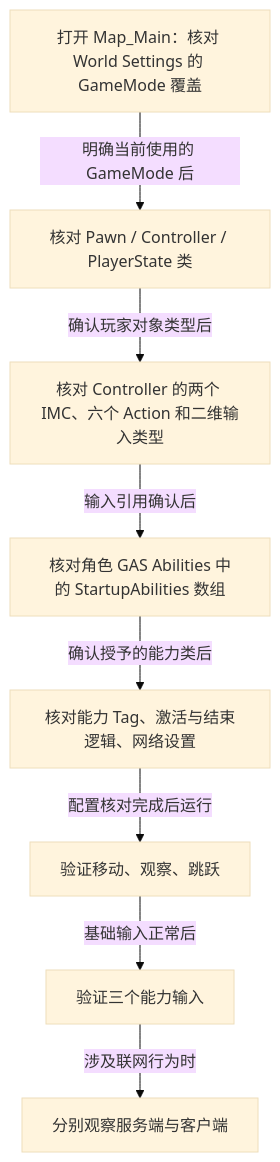
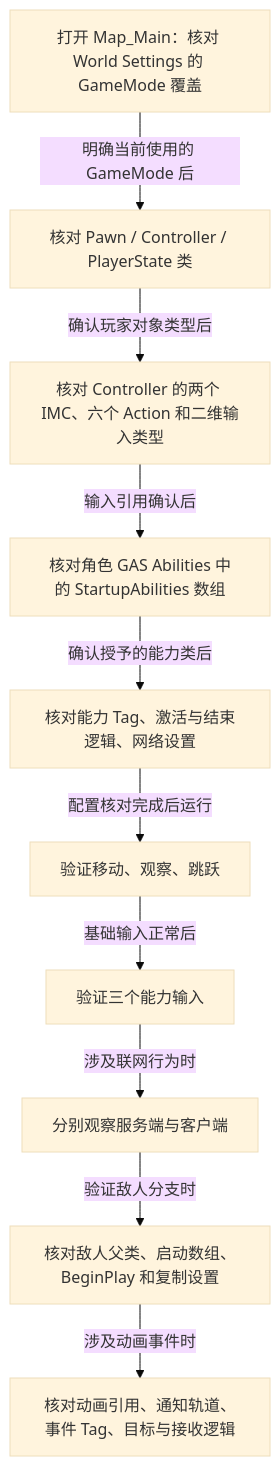
Before and after one commit to xue1ong/GAS_StudyNotes: the second of 2 diagrams in Game/ProjectSetup.md, drawn with Mermaid (base theme). The commit also changed other lines of this file and 10 other files, not shown here.

````diff
--- a/Game/ProjectSetup.md
+++ b/Game/ProjectSetup.md
@@ -82,10 +110,12 @@
 ```mermaid
 flowchart TD
     map["打开 Map_Main：核对 World Settings 的 GameMode 覆盖"] -->|"明确当前使用的 GameMode 后"| classes["核对 Pawn / Controller / PlayerState 类"]
     classes -->|"确认玩家对象类型后"| input["核对 Controller 的两个 IMC、六个 Action 和二维输入类型"]
     input -->|"输入引用确认后"| startup["核对角色 GAS Abilities 中的 StartupAbilities 数组"]
     startup -->|"确认授予的能力类后"| assets["核对能力 Tag、激活与结束逻辑、网络设置"]
     assets -->|"配置核对完成后运行"| movement["验证移动、观察、跳跃"]
     movement -->|"基础输入正常后"| ability["验证三个能力输入"]
     ability -->|"涉及联网行为时"| network["分别观察服务端与客户端"]
+    network -->|"验证敌人分支时"| enemy["核对敌人父类、启动数组、BeginPlay 和复制设置"]
+    enemy -->|"涉及动画事件时"| events["核对动画引用、通知轨道、事件 Tag、目标与接收逻辑"]
 ```
````
